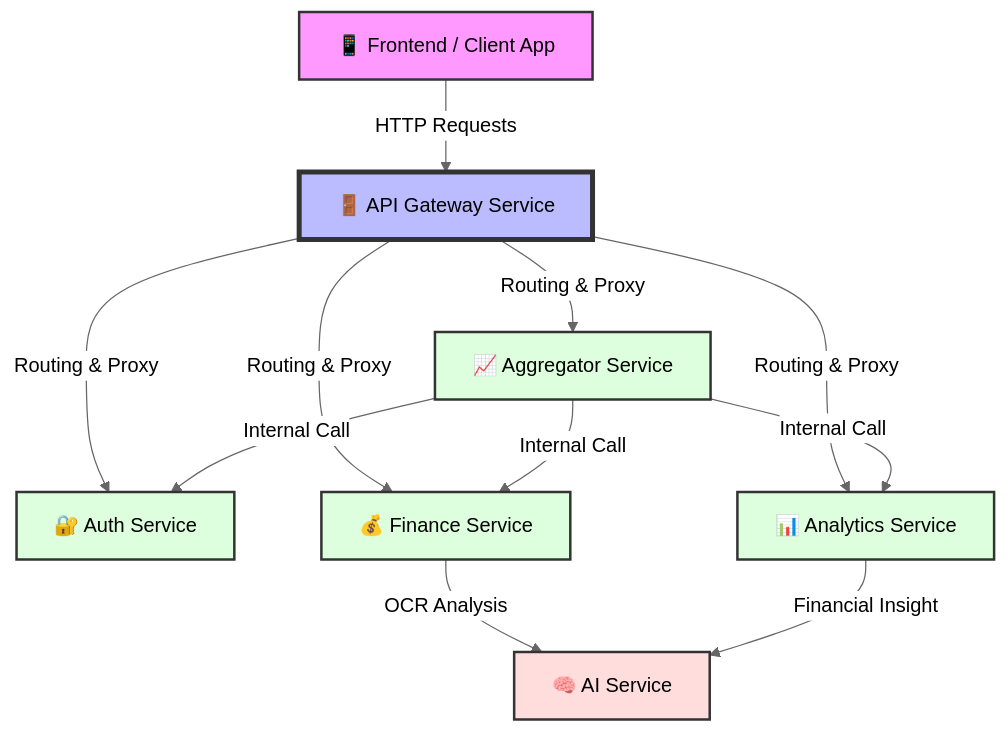
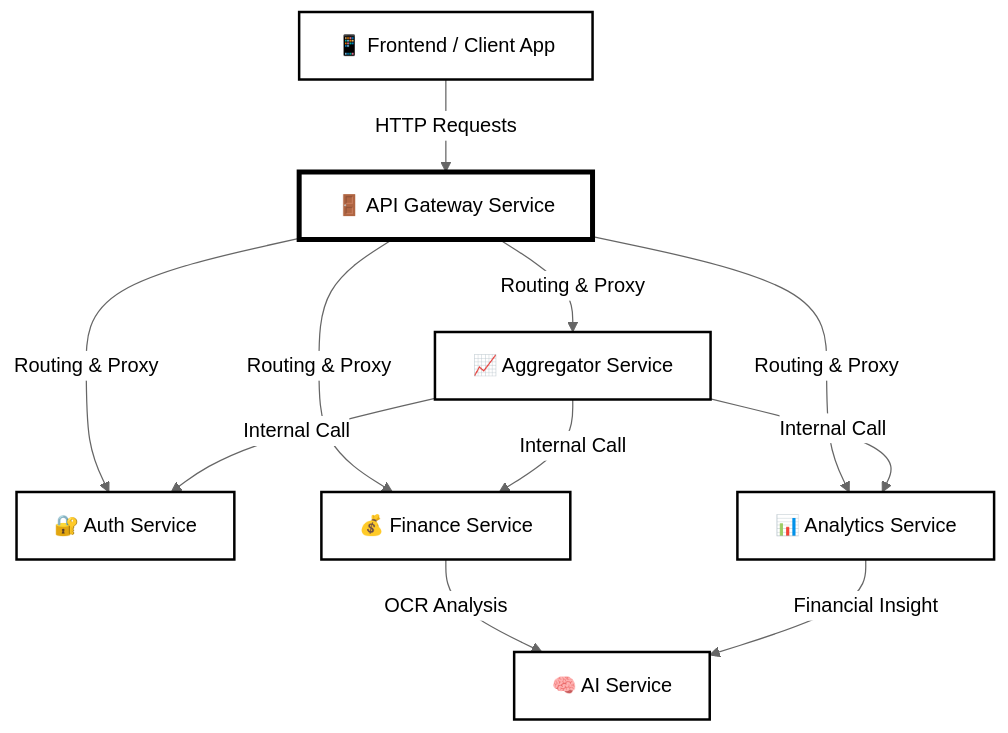
The diagram in README.md (FASTWorks/fst-backend), drawn with Mermaid (neutral theme) before and after one commit.

Commit message:
docs: use monochrome style for architecture diagram

````diff
--- a/README.md
+++ b/README.md
@@ -15,26 +15,21 @@
 ```mermaid
 graph TD
     Client[📱 Frontend / Client App] -->|HTTP Requests| Gateway[🚪 API Gateway Service]
     
     Gateway -->|Routing & Proxy| Auth[🔐 Auth Service]
     Gateway -->|Routing & Proxy| Finance[💰 Finance Service]
     Gateway -->|Routing & Proxy| Analytics[📊 Analytics Service]
     Gateway -->|Routing & Proxy| Aggregator[📈 Aggregator Service]
     
     Aggregator -->|Internal Call| Auth
     Aggregator -->|Internal Call| Analytics
     Aggregator -->|Internal Call| Finance
     
     Finance -->|OCR Analysis| AI[🧠 AI Service]
     Analytics -->|Financial Insight| AI
     
-    classDef client fill:#f9f,stroke:#333,stroke-width:2px;
-    classDef gateway fill:#bbf,stroke:#333,stroke-width:4px;
-    classDef core fill:#dfd,stroke:#333,stroke-width:2px;
-    classDef ai fill:#fdd,stroke:#333,stroke-width:2px;
+    classDef default fill:#ffffff,stroke:#000000,stroke-width:2px,color:#000000;
+    classDef gateway fill:#ffffff,stroke:#000000,stroke-width:4px,color:#000000;
     
-    class Client client;
     class Gateway gateway;
-    class Auth,Finance,Analytics,Aggregator core;
-    class AI ai;
 ```
````
